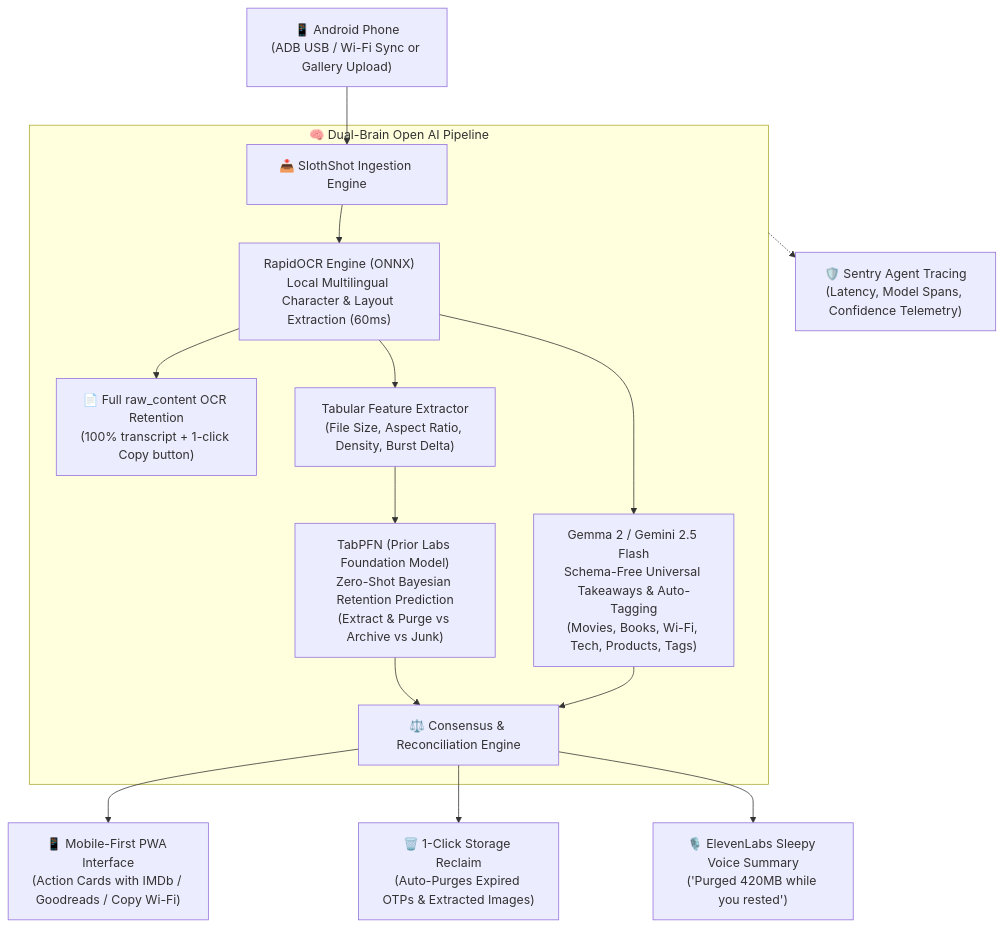
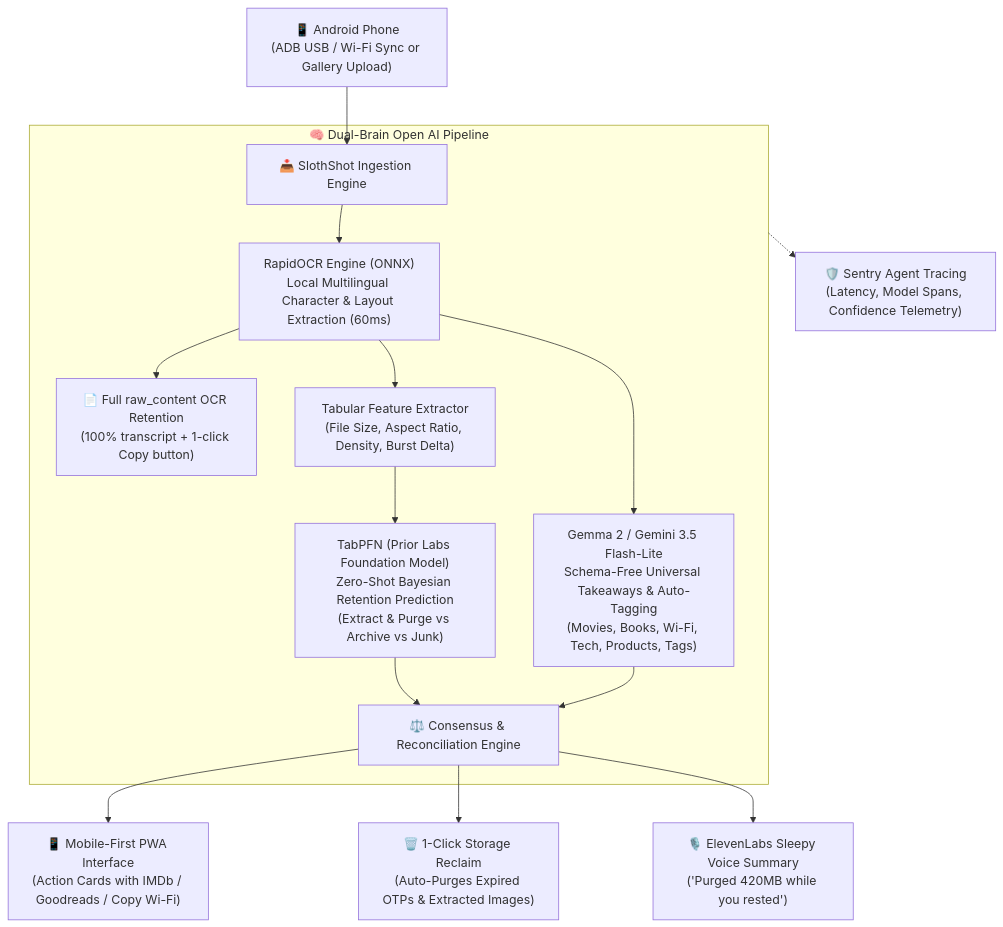
The diagram in DEV_POST.md (torrua/slothshot), drawn with Mermaid before and after one commit. The commit also changed other lines of this file and 1 other file, not shown here.

Commit message:
docs: update references to Gemini 3.5 Flash-Lite & 3.5 Flash architecture

````diff
--- a/DEV_POST.md
+++ b/DEV_POST.md
@@ -87,22 +87,22 @@
 ```mermaid
 flowchart TD
     Android["📱 Android Phone<br/>(ADB USB / Wi-Fi Sync or Gallery Upload)"] --> Ingest["📥 SlothShot Ingestion Engine"]
 
     subgraph Dual_AI["🧠 Dual-Brain Open AI Pipeline"]
         Ingest --> OCR["RapidOCR Engine (ONNX)<br/>Local Multilingual Character & Layout Extraction (60ms)"]
         OCR --> RAW["📄 Full raw_content OCR Retention<br/>(100% transcript + 1-click Copy button)"]
         OCR --> Features["Tabular Feature Extractor<br/>(File Size, Aspect Ratio, Density, Burst Delta)"]
         
         Features --> TabPFN["TabPFN (Prior Labs Foundation Model)<br/>Zero-Shot Bayesian Retention Prediction<br/>(Extract & Purge vs Archive vs Junk)"]
         
-        OCR --> Gemma["Gemma 2 / Gemini 2.5 Flash<br/>Schema-Free Universal Takeaways & Auto-Tagging<br/>(Movies, Books, Wi-Fi, Tech, Products, Tags)"]
+        OCR --> Gemma["Gemma 2 / Gemini 3.5 Flash-Lite<br/>Schema-Free Universal Takeaways & Auto-Tagging<br/>(Movies, Books, Wi-Fi, Tech, Products, Tags)"]
         
         TabPFN & Gemma --> Decision["⚖️ Consensus & Reconciliation Engine"]
     end
 
     Decision --> PWA["📱 Mobile-First PWA Interface<br/>(Action Cards with IMDb / Goodreads / Copy Wi-Fi)"]
     Decision --> Purge["🗑️ 1-Click Storage Reclaim<br/>(Auto-Purges Expired OTPs & Extracted Images)"]
     Decision --> Voice["🎙️ ElevenLabs Sleepy Voice Summary<br/>('Purged 420MB while you rested')"]
 
     Dual_AI -.-> Sentry["🛡️ Sentry Agent Tracing<br/>(Latency, Model Spans, Confidence Telemetry)"]
 ```
````
